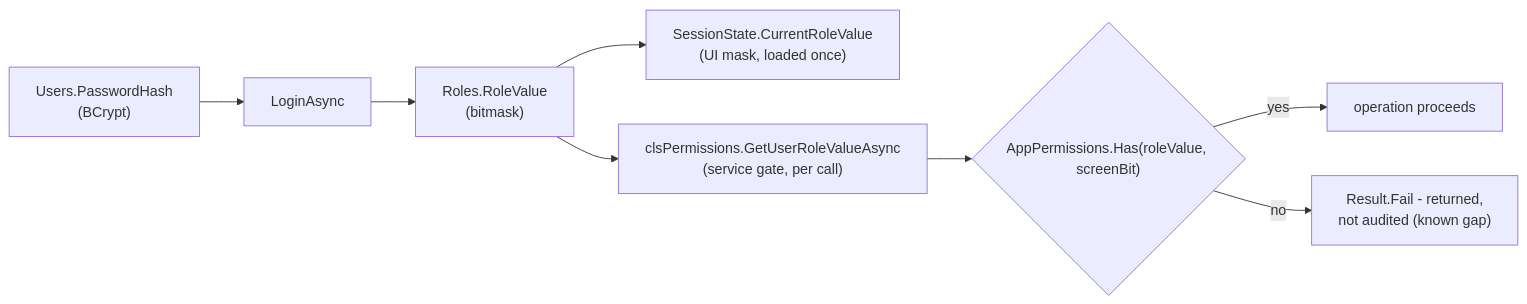
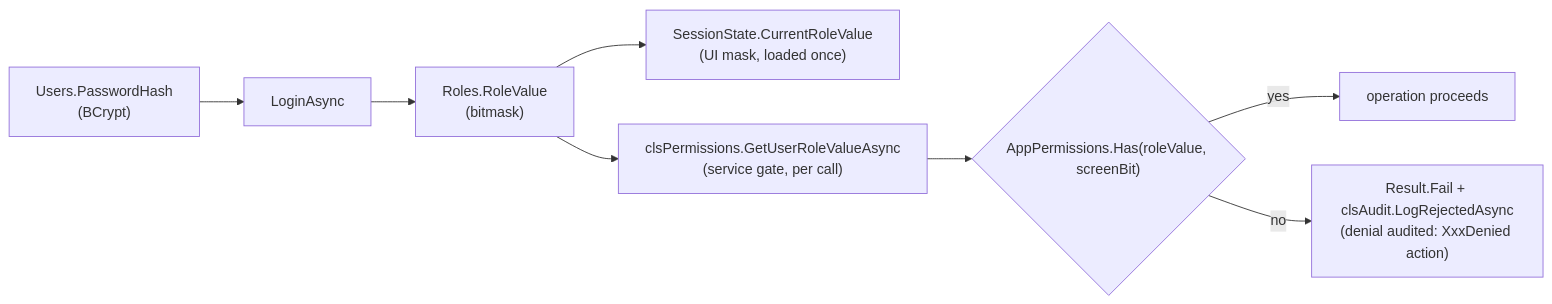
The first of 2 diagrams in docs/security/AUTHENTICATION_AND_AUTHORIZATION.md (el-Sharif-suhiam/SaylPOS), drawn with Mermaid before and after one commit. The commit also changed 3 other files, not shown here.

````diff
--- a/docs/security/AUTHENTICATION_AND_AUTHORIZATION.md
+++ b/docs/security/AUTHENTICATION_AND_AUTHORIZATION.md
@@ -23,10 +23,10 @@
 ```mermaid
 flowchart LR
     U["Users.PasswordHash<br/>(BCrypt)"] --> L["LoginAsync"]
     L --> R["Roles.RoleValue<br/>(bitmask)"]
     R --> S["SessionState.CurrentRoleValue<br/>(UI mask, loaded once)"]
     R --> G["clsPermissions.GetUserRoleValueAsync<br/>(service gate, per call)"]
     G --> P{"AppPermissions.Has(roleValue, screenBit)"}
     P -->|yes| OP["operation proceeds"]
-    P -->|no| DENY["Result.Fail - returned,<br/>not audited (known gap)"]
+    P -->|no| DENY["Result.Fail + clsAudit.LogRejectedAsync<br/>(denial audited: XxxDenied action)"]
 ```
````
